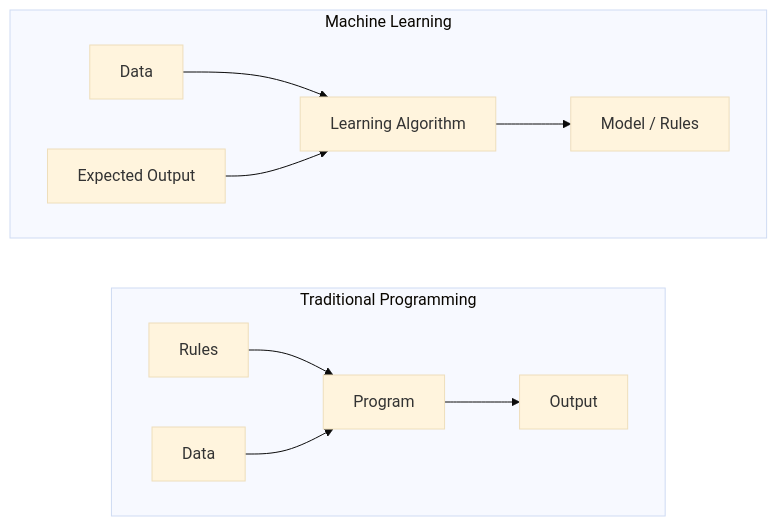
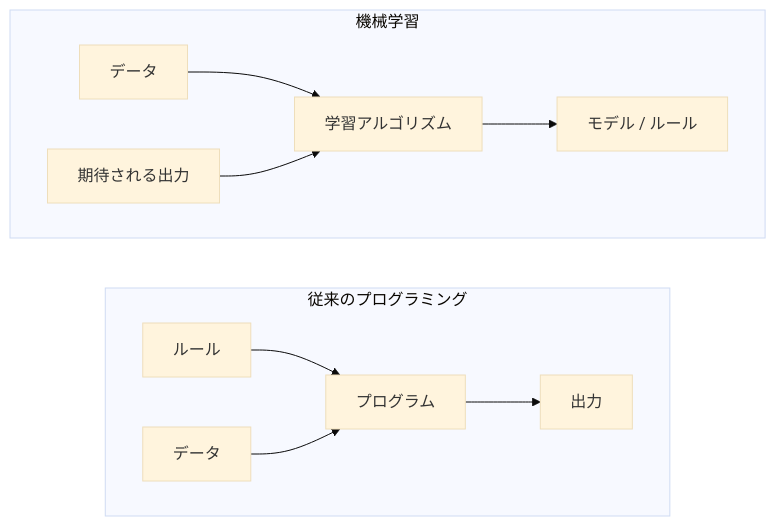
The first of 6 diagrams in phases/02-ml-fundamentals/01-what-is-machine-learning/docs/en.md (rohitg00/ai-engineering-from-scratch), drawn with Mermaid (base theme) before and after one commit. The commit also changed other lines of this file and 1935 other files, not shown here.

````diff
--- a/phases/02-ml-fundamentals/01-what-is-machine-learning/docs/en.md
+++ b/phases/02-ml-fundamentals/01-what-is-machine-learning/docs/en.md
@@ -31,16 +31,16 @@
 ```mermaid
 flowchart LR
-    subgraph Traditional["Traditional Programming"]
+    subgraph Traditional["従来のプログラミング"]
         direction LR
-        R[Rules] --> P1[Program]
-        D1[Data] --> P1
-        P1 --> O1[Output]
+        R[ルール] --> P1[プログラム]
+        D1[データ] --> P1
+        P1 --> O1[出力]
     end
 
-    subgraph ML["Machine Learning"]
+    subgraph ML["機械学習"]
         direction LR
-        D2[Data] --> P2[Learning Algorithm]
-        O2[Expected Output] --> P2
-        P2 --> M[Model / Rules]
+        D2[データ] --> P2[学習アルゴリズム]
+        O2[期待される出力] --> P2
+        P2 --> M[モデル / ルール]
     end
 ```
````
